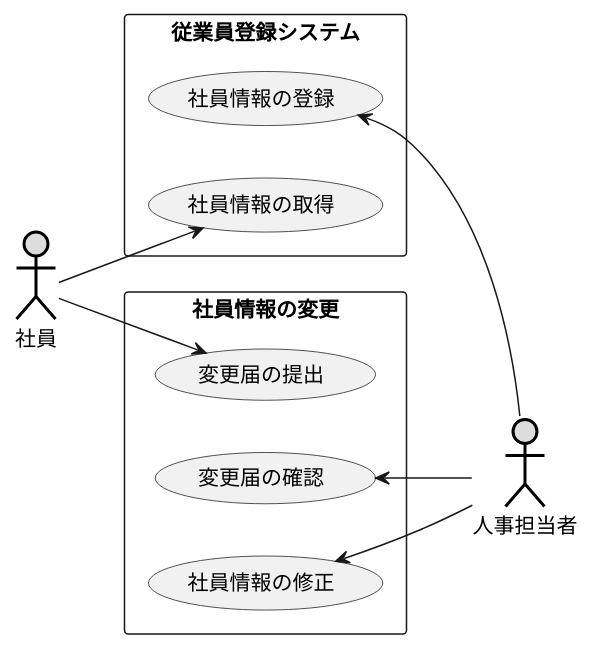
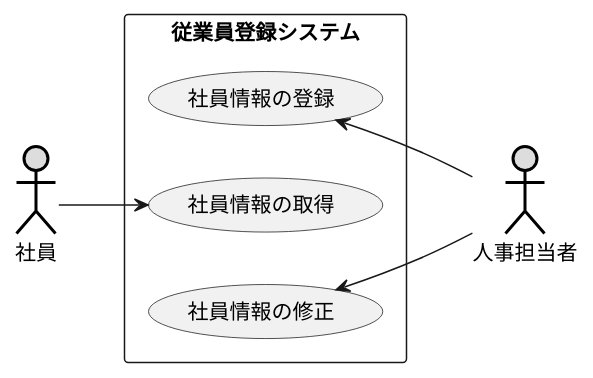
The diagram in 2/演習2-6_盛岡システム_従業員登録システム.pu (chibachibaibu2003/laughing-carnival), drawn with PlantUML before and after one commit. The commit also changed 1 other file, not shown here.

```diff
--- a/2/演習2-6_盛岡システム_従業員登録システム.pu
+++ b/2/演習2-6_盛岡システム_従業員登録システム.pu
@@ -1,19 +1,13 @@
 @startuml ユースケース図
     left to right direction
     actor 人事担当者#DDDDDD;line:black;line.bold;
     actor 社員#DDDDDD;line:black;line.bold;
     rectangle 従業員登録システム{
         usecase (社員情報の登録) as text1
         usecase (社員情報の取得) as text2
-    }
-    rectangle 社員情報の変更{
-        usecase (変更届の提出) as text3
-        usecase (変更届の確認) as text4
         usecase (社員情報の修正) as text5
     }
     text1<--人事担当者
     社員--> text2
-    社員-->text3
-    text4<--人事担当者
     text5<--人事担当者
 @enduml
```
